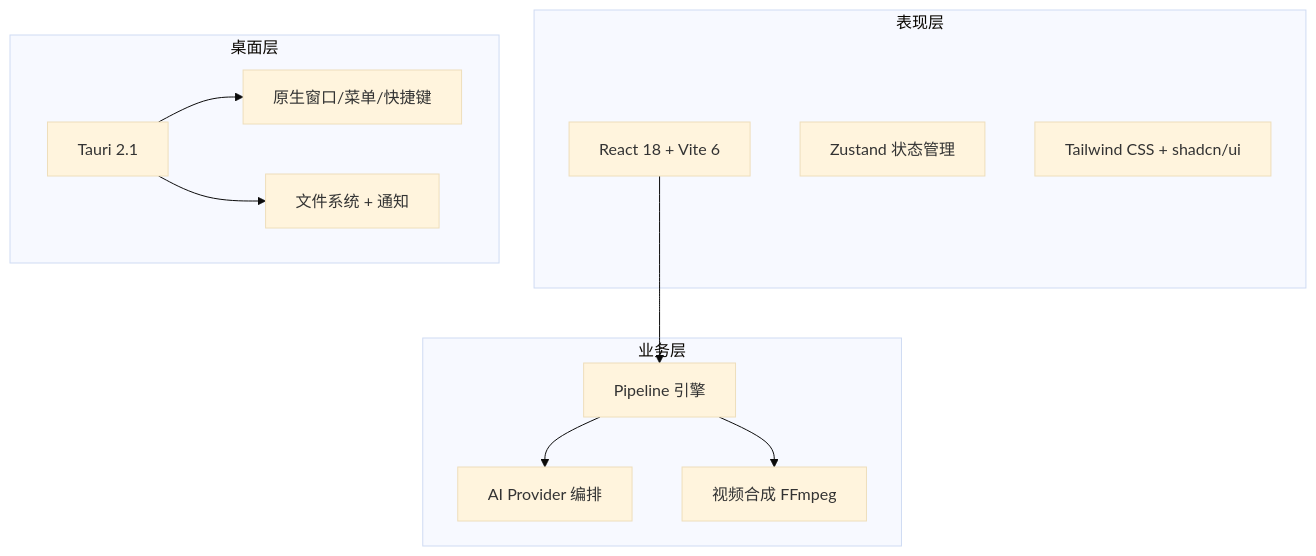
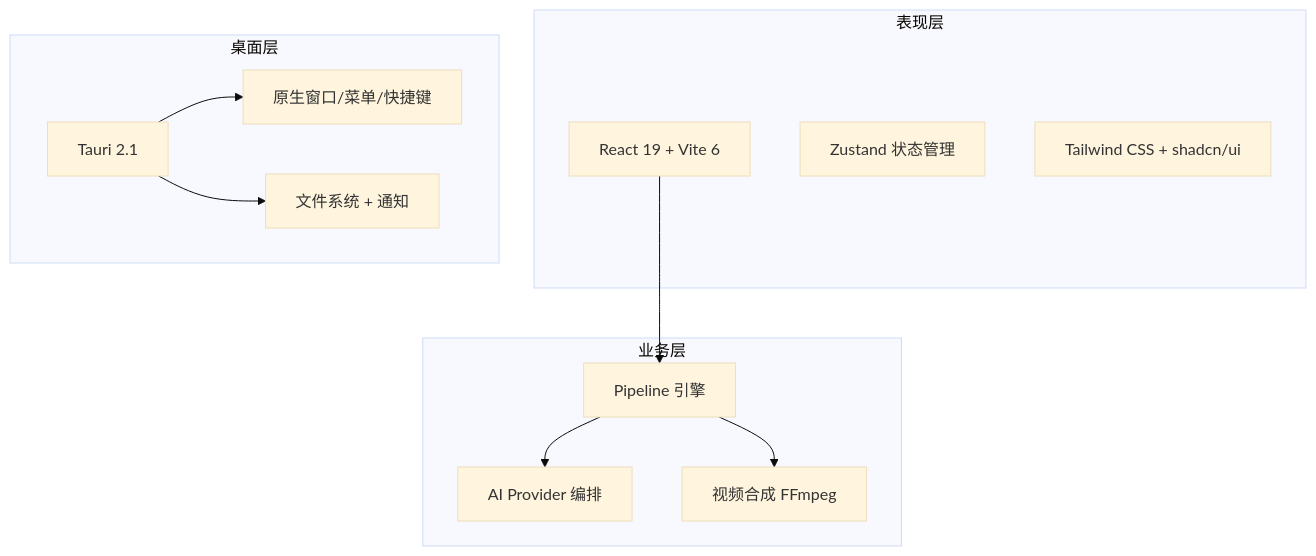
Before and after one commit to Agions/frame-fab: the diagram in docs/developer-guide/architecture.md, drawn with Mermaid (base theme). The commit also changed other lines of this file and 6 other files, not shown here.

First line of the commit message:
refactor: Phase 3 — architecture upgrade (dual service layer cleanup + legacy types deprecated)

````diff
--- a/docs/developer-guide/architecture.md
+++ b/docs/developer-guide/architecture.md
@@ -7,26 +7,26 @@
 ```mermaid
 graph TD
     subgraph 表现层
-        A[React 18 + Vite 6]
+        A[React 19 + Vite 6]
         B[Zustand 状态管理]
         C[Tailwind CSS + shadcn/ui]
     end
 
     subgraph 业务层
         D[Pipeline 引擎]
         E[AI Provider 编排]
         F[视频合成 FFmpeg]
     end
 
     subgraph 桌面层
         G[Tauri 2.1]
         H[原生窗口/菜单/快捷键]
         I[文件系统 + 通知]
     end
 
     A --> D
     D --> E
     D --> F
     G --> H
     G --> I
 ```
````
